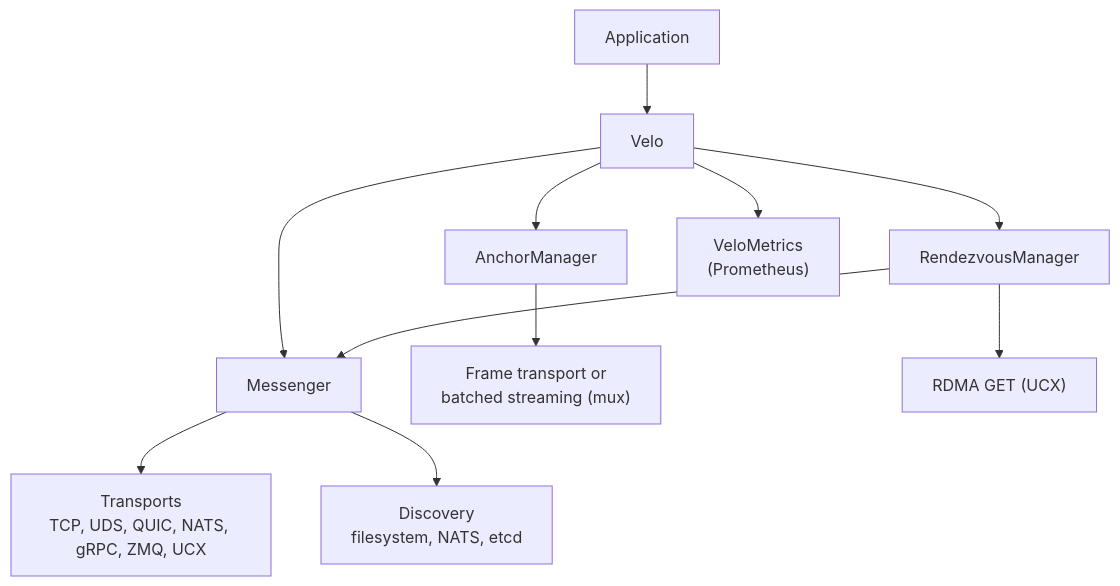
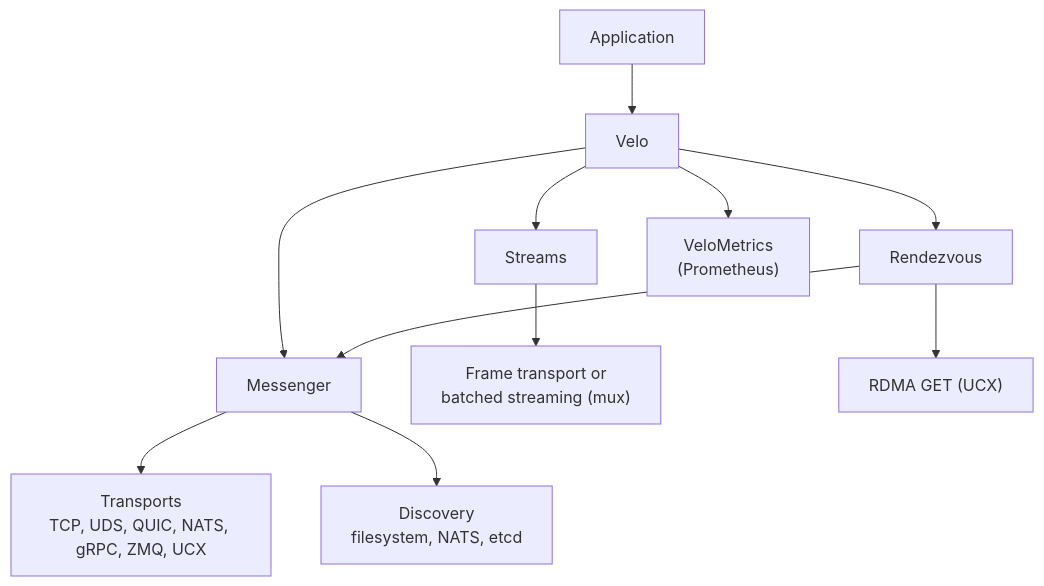
Before and after one commit to ai-dynamo/velo: the diagram in docs/src/introduction.md, drawn with Mermaid. The commit also changed other lines of this file and 19 other files, not shown here.

````diff
--- a/docs/src/introduction.md
+++ b/docs/src/introduction.md
@@ -17,13 +17,13 @@
 ```mermaid
 graph TD
     App[Application] --> V[Velo]
     V --> M[Messenger]
-    V --> A[AnchorManager]
-    V --> R[RendezvousManager]
+    V --> A[Streams]
+    V --> R[Rendezvous]
     M --> T["Transports<br>TCP, UDS, QUIC, NATS, gRPC, ZMQ, UCX"]
     A --> FT["Frame transport or<br>batched streaming (mux)"]
     R --> M
     R --> RDMA["RDMA GET (UCX)"]
     M --> D["Discovery<br>filesystem, NATS, etcd"]
     V --> O["VeloMetrics<br>(Prometheus)"]
 ```
````
